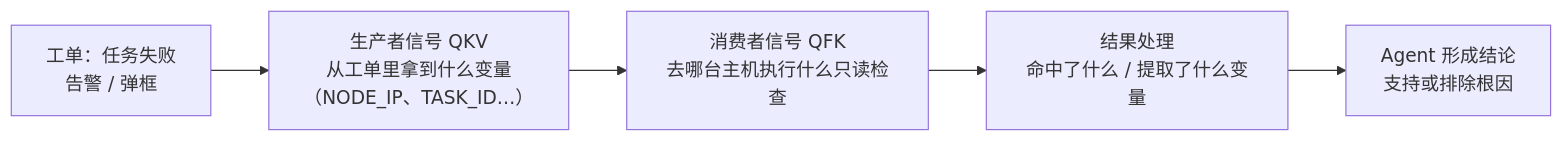
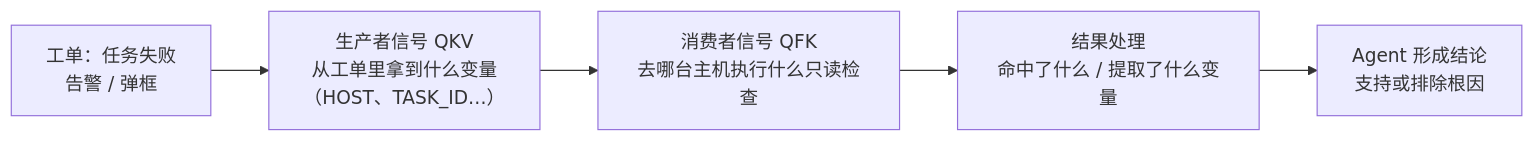
The first of 9 diagrams in docs/solution/agent/KBD审核发布操作指南.md (tomturing/hci-troubleshoot-platform), drawn with Mermaid before and after one commit. The commit also changed other lines of this file, not shown here.

````diff
--- a/docs/solution/agent/KBD审核发布操作指南.md
+++ b/docs/solution/agent/KBD审核发布操作指南.md
@@ -32,7 +32,7 @@
 ```mermaid
 flowchart LR
-    A["工单：任务失败<br/>告警 / 弹框"] --> B["生产者信号 QKV<br/>从工单里拿到什么变量<br/>（NODE_IP、TASK_ID…）"]
+    A["工单：任务失败<br/>告警 / 弹框"] --> B["生产者信号 QKV<br/>从工单里拿到什么变量<br/>（HOST、TASK_ID…）"]
     B --> C["消费者信号 QFK<br/>去哪台主机执行什么只读检查"]
     C --> D["结果处理<br/>命中了什么 / 提取了什么变量"]
     D --> E["Agent 形成结论<br/>支持或排除根因"]
 ```
````
